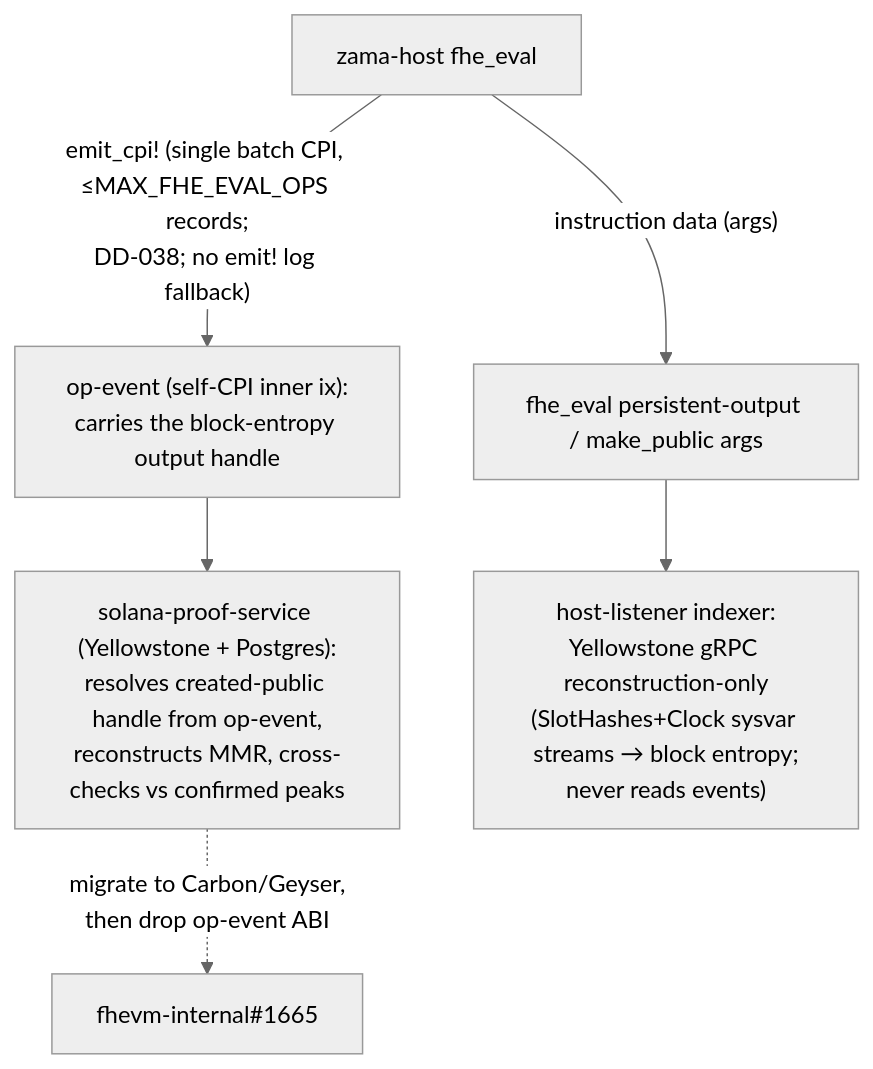
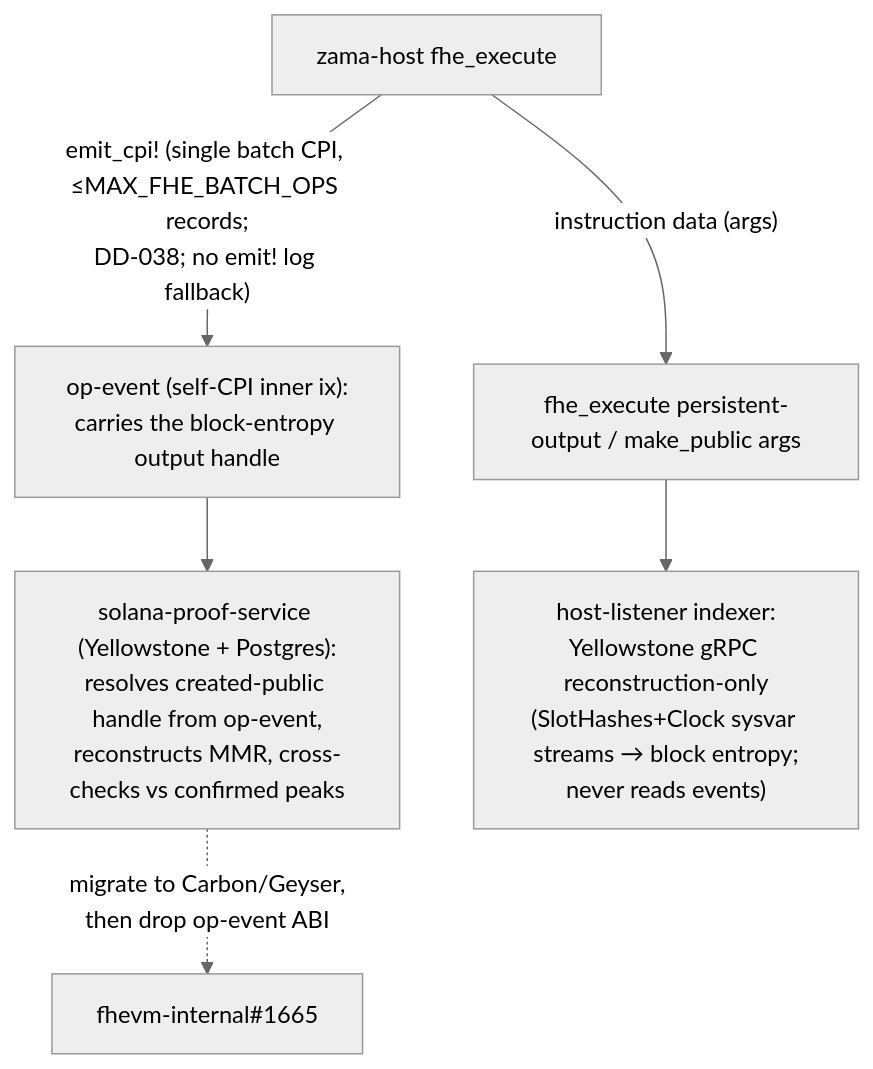
One commit to zama-ai/fhevm changed the sixth of 6 diagrams in solana/docs/MMR_ACL_MVP.md. Above: the diagram before and after it, drawn with Mermaid (neutral theme). The commit also changed other lines of this file and 78 other files, not shown here.

First line of the commit message:
refactor(solana)!: rename fhe_eval to fhe_execute and the SDK plan surface to Batch (fhevm-internal#1859 §2)

````diff
--- a/solana/docs/MMR_ACL_MVP.md
+++ b/solana/docs/MMR_ACL_MVP.md
@@ -173,8 +173,8 @@
 ```mermaid
 flowchart TD
-    prog["zama-host fhe_eval"] -->|"emit_cpi! (single batch CPI, ≤MAX_FHE_EVAL_OPS records;<br/>DD-038; no emit! log fallback)"| ev["op-event (self-CPI inner ix):<br/>carries the block-entropy output handle"]
-    prog -->|"instruction data (args)"| ix["fhe_eval persistent-output / make_public args"]
+    prog["zama-host fhe_execute"] -->|"emit_cpi! (single batch CPI, ≤MAX_FHE_BATCH_OPS records;<br/>DD-038; no emit! log fallback)"| ev["op-event (self-CPI inner ix):<br/>carries the block-entropy output handle"]
+    prog -->|"instruction data (args)"| ix["fhe_execute persistent-output / make_public args"]
     ev --> proofsvc["solana-proof-service (Yellowstone + Postgres):<br/>resolves created-public handle from op-event,<br/>reconstructs MMR, cross-checks vs confirmed peaks"]
     ix --> listener["host-listener indexer:<br/>Yellowstone gRPC reconstruction-only<br/>(SlotHashes+Clock sysvar streams → block entropy;<br/>never reads events)"]
     proofsvc -.->|"migrate to Carbon/Geyser,<br/>then drop op-event ABI"| followup["fhevm-internal#1665"]
 ```
````
